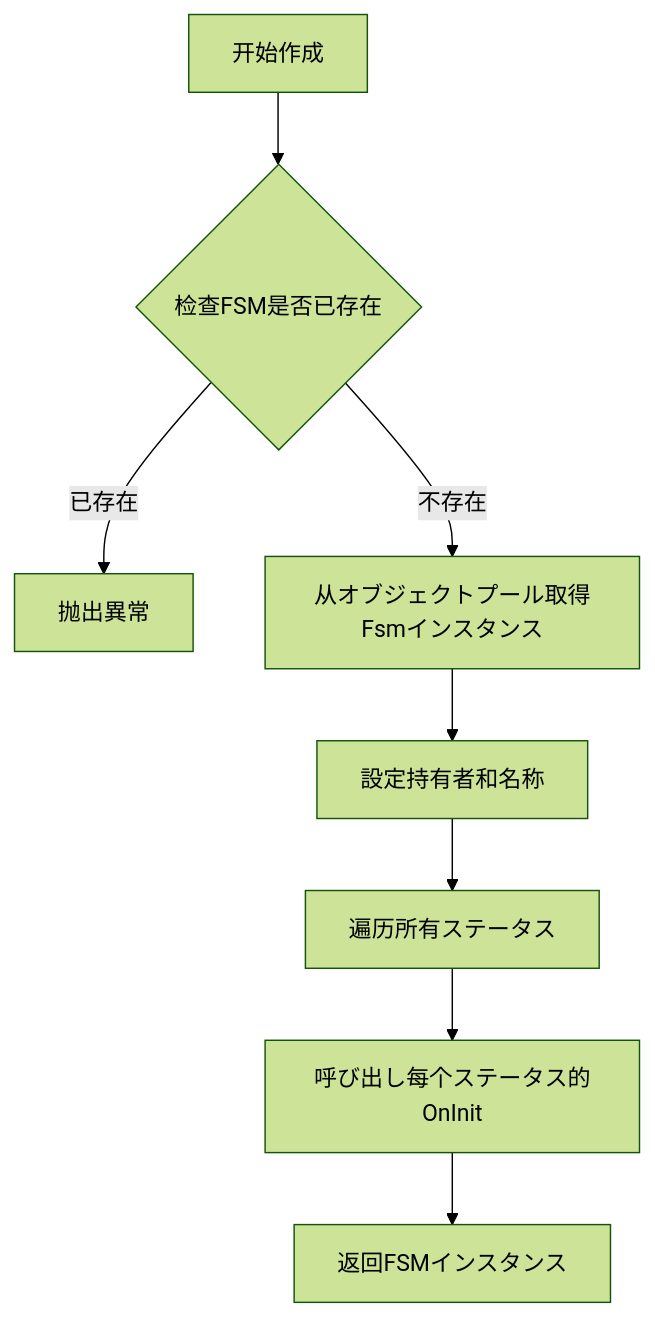
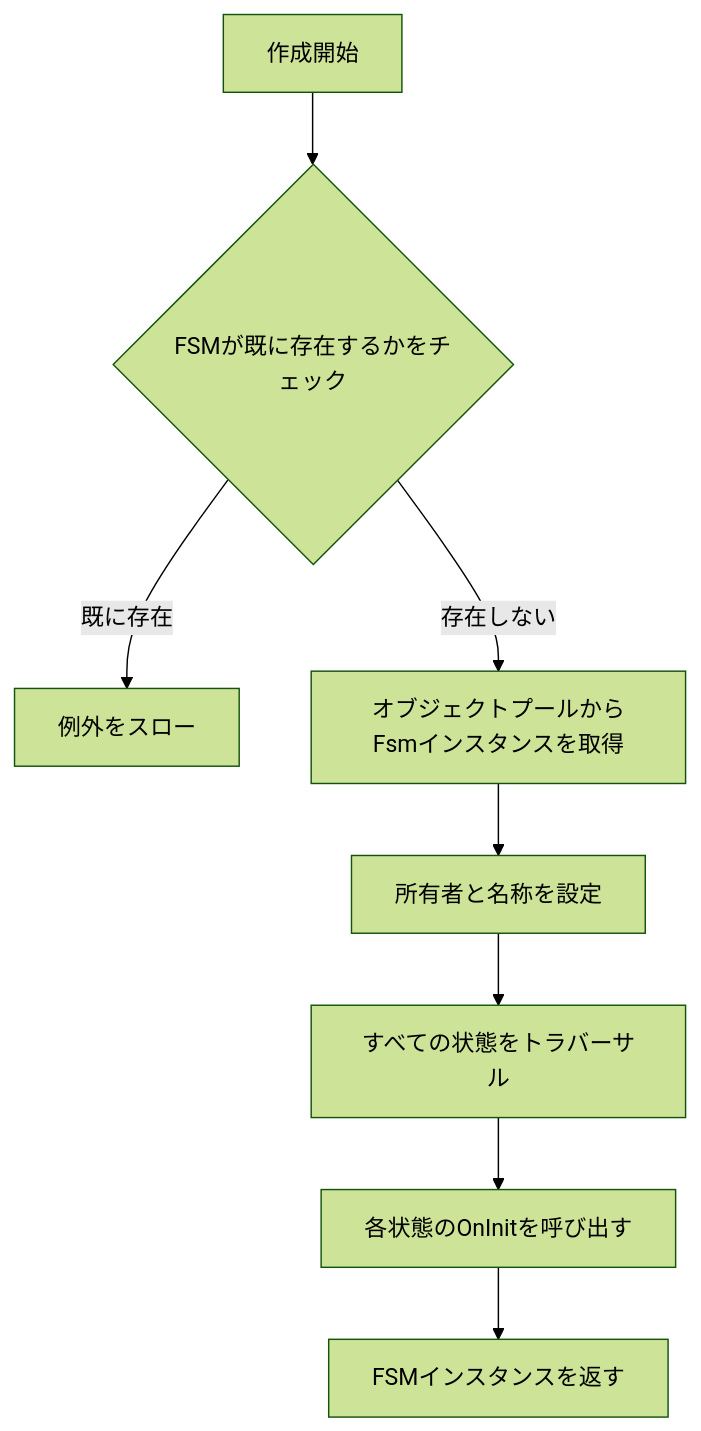
Before and after one commit to AlianBlank/GameFrameX.Docs: the fourth of 4 diagrams in docs/ja/client/unity/component/fsm/04.features.md, drawn with Mermaid (forest theme). The commit also changed other lines of this file and 320 other files, not shown here.

````diff
--- a/docs/ja/client/unity/component/fsm/04.features.md
+++ b/docs/ja/client/unity/component/fsm/04.features.md
@@ -369,10 +369,10 @@
 ```mermaid
 flowchart TD
-    A[开始作成] --> B{检查FSM是否已存在}
-    B -->|已存在| C[抛出異常]
-    B -->|不存在| D[从オブジェクトプール取得Fsmインスタンス]
-    D --> E[設定持有者和名称]
-    E --> F[遍历所有ステータス]
-    F --> G[呼び出し每个ステータス的OnInit]
-    G --> H[返回FSMインスタンス]
+    A[作成開始] --> B{FSMが既に存在するかをチェック}
+    B -->|既に存在| C[例外をスロー]
+    B -->|存在しない| D[オブジェクトプールからFsmインスタンスを取得]
+    D --> E[所有者と名称を設定]
+    E --> F[すべての状態をトラバーサル]
+    F --> G[各状態のOnInitを呼び出す]
+    G --> H[FSMインスタンスを返す]
 ```
````
